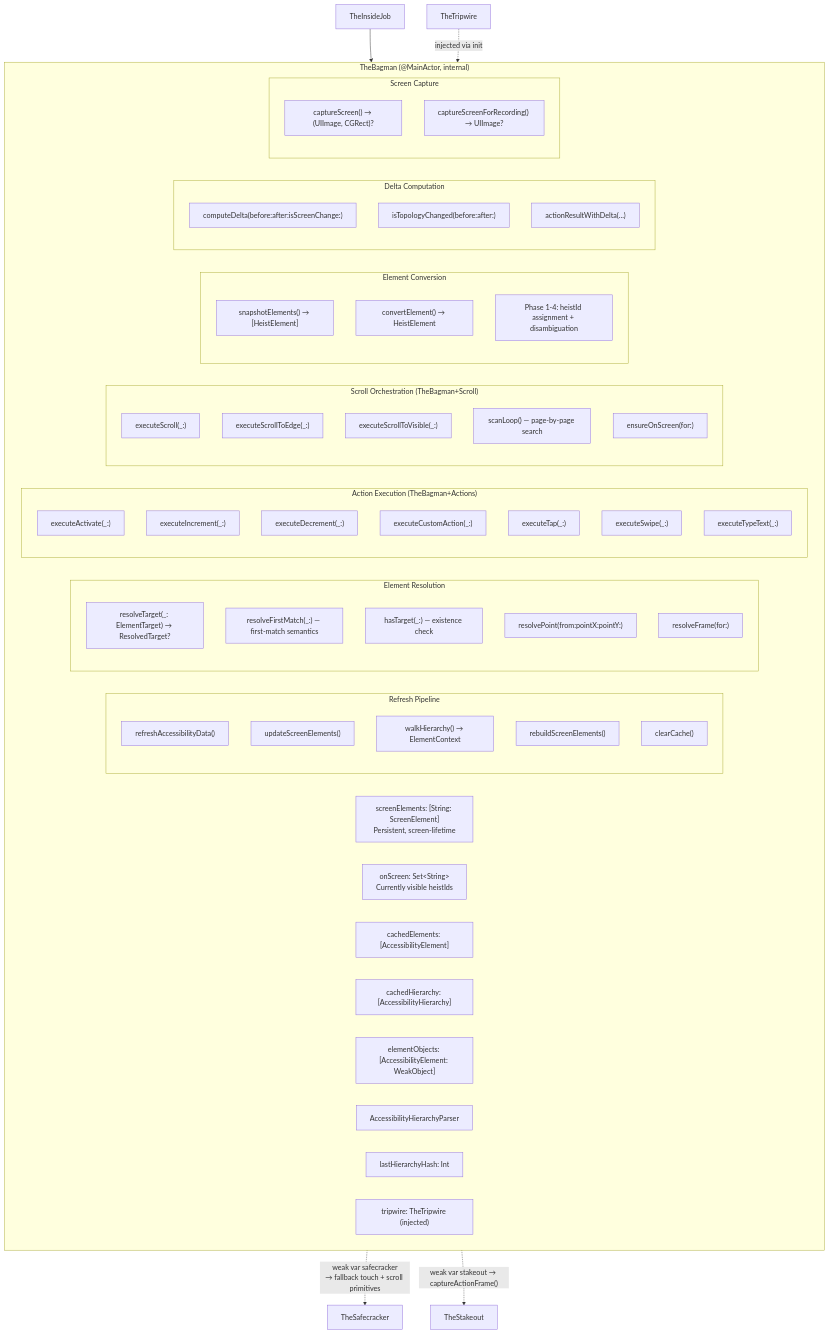
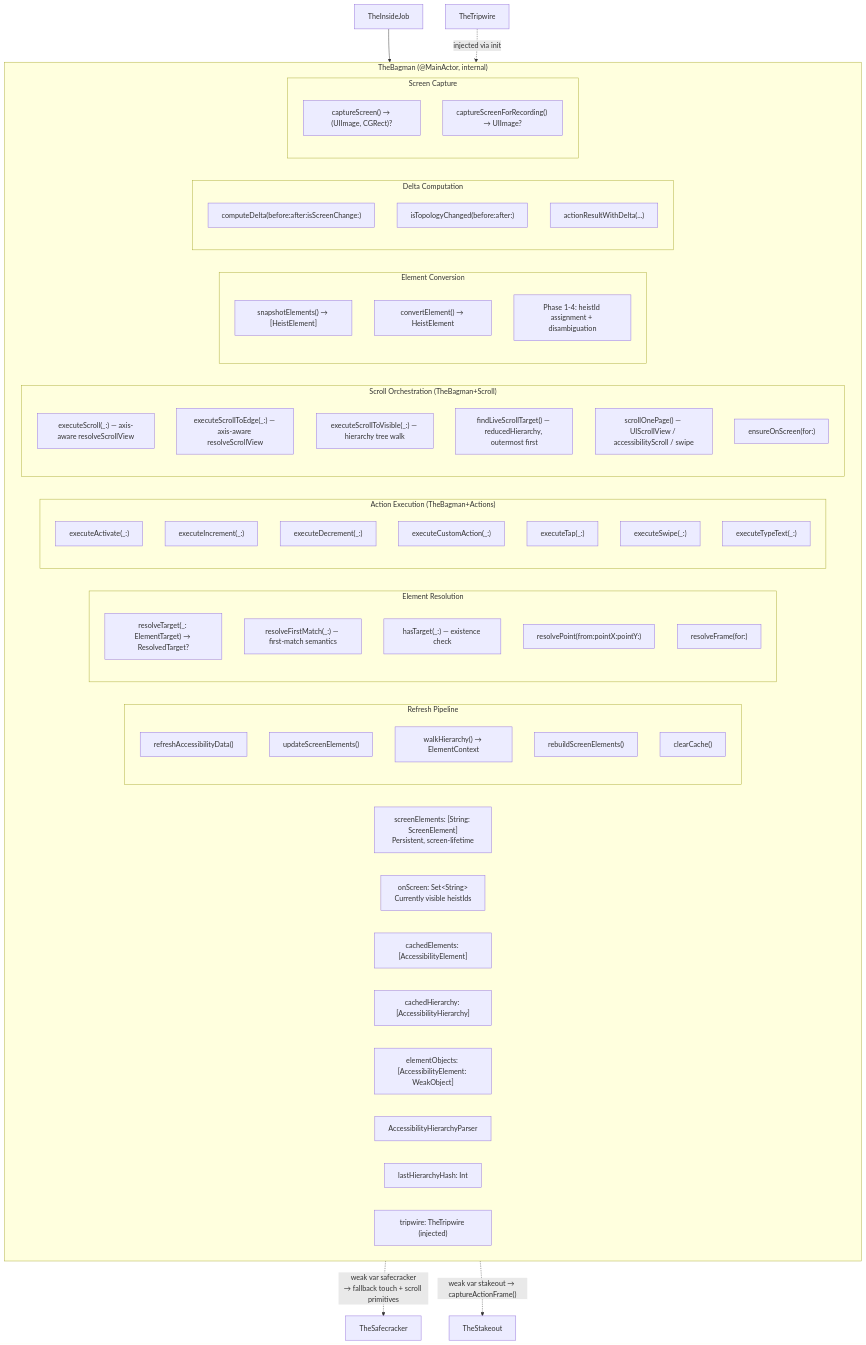
Before and after one commit to RoyalPineapple/TheButtonHeist: the second of 9 diagrams in docs/dossiers/13-THEBAGMAN.md, drawn with Mermaid. The commit also changed other lines of this file and 3 other files, not shown here.

First line of the commit message:
docs: update scroll documentation for hierarchy-driven architecture

````diff
--- a/docs/dossiers/13-THEBAGMAN.md
+++ b/docs/dossiers/13-THEBAGMAN.md
@@ -64,69 +64,70 @@
 ```mermaid
 graph TD
     subgraph TheBagman["TheBagman (@MainActor, internal)"]
         Registry["screenElements: [String: ScreenElement]<br/>Persistent, screen-lifetime"]
         OnScreen["onScreen: Set&lt;String&gt;<br/>Currently visible heistIds"]
         Cache["cachedElements: [AccessibilityElement]"]
         Hierarchy["cachedHierarchy: [AccessibilityHierarchy]"]
         WeakRefs["elementObjects: [AccessibilityElement: WeakObject]"]
         Parser["AccessibilityHierarchyParser"]
         Hash["lastHierarchyHash: Int"]
         Tripwire["tripwire: TheTripwire (injected)"]
 
         subgraph Refresh["Refresh Pipeline"]
             RefreshData["refreshAccessibilityData()"]
             UpdateScreen["updateScreenElements()"]
             WalkHierarchy["walkHierarchy() → ElementContext"]
             RebuildScreen["rebuildScreenElements()"]
             ClearCache["clearCache()"]
         end
 
         subgraph Resolution["Element Resolution"]
             ResolveTarget["resolveTarget(_: ElementTarget) → ResolvedTarget?"]
             ResolveFirstMatch["resolveFirstMatch(_:) — first-match semantics"]
             HasTarget["hasTarget(_:) — existence check"]
             ResolvePoint["resolvePoint(from:pointX:pointY:)"]
             ResolveFrame["resolveFrame(for:)"]
         end
 
         subgraph Actions["Action Execution (TheBagman+Actions)"]
             Activate["executeActivate(_:)"]
             Increment["executeIncrement(_:)"]
             Decrement["executeDecrement(_:)"]
             CustomAction["executeCustomAction(_:)"]
             Tap["executeTap(_:)"]
             Swipe["executeSwipe(_:)"]
             TypeText["executeTypeText(_:)"]
         end
 
         subgraph Scrolling["Scroll Orchestration (TheBagman+Scroll)"]
-            Scroll["executeScroll(_:)"]
-            ScrollEdge["executeScrollToEdge(_:)"]
-            ScrollVisible["executeScrollToVisible(_:)"]
-            ScanLoop["scanLoop() — page-by-page search"]
+            Scroll["executeScroll(_:) — axis-aware resolveScrollView"]
+            ScrollEdge["executeScrollToEdge(_:) — axis-aware resolveScrollView"]
+            ScrollVisible["executeScrollToVisible(_:) — hierarchy tree walk"]
+            FindTarget["findLiveScrollTarget() — reducedHierarchy, outermost first"]
+            ScrollOnePage["scrollOnePage() — UIScrollView / accessibilityScroll / swipe"]
             EnsureOnScreen["ensureOnScreen(for:)"]
         end
 
         subgraph Conversion["Element Conversion"]
             Snapshot["snapshotElements() → [HeistElement]"]
             Convert["convertElement() → HeistElement"]
             AssignIds["Phase 1-4: heistId assignment + disambiguation"]
         end
 
         subgraph Delta["Delta Computation"]
             ComputeDelta["computeDelta(before:after:isScreenChange:)"]
             TopoChanged["isTopologyChanged(before:after:)"]
             ActionResult["actionResultWithDelta(...)"]
         end
 
         subgraph Screen["Screen Capture"]
             CaptureScreen["captureScreen() → (UIImage, CGRect)?"]
             CaptureRecording["captureScreenForRecording() → UIImage?"]
         end
     end
 
     TheInsideJob["TheInsideJob"] --> TheBagman
     TheTripwire["TheTripwire"] -.->|injected via init| TheBagman
     TheBagman -.->|"weak var safecracker<br/>→ fallback touch + scroll primitives"| TheSafecracker["TheSafecracker"]
     TheBagman -.->|"weak var stakeout → captureActionFrame()"| TheStakeout["TheStakeout"]
 ```
````
